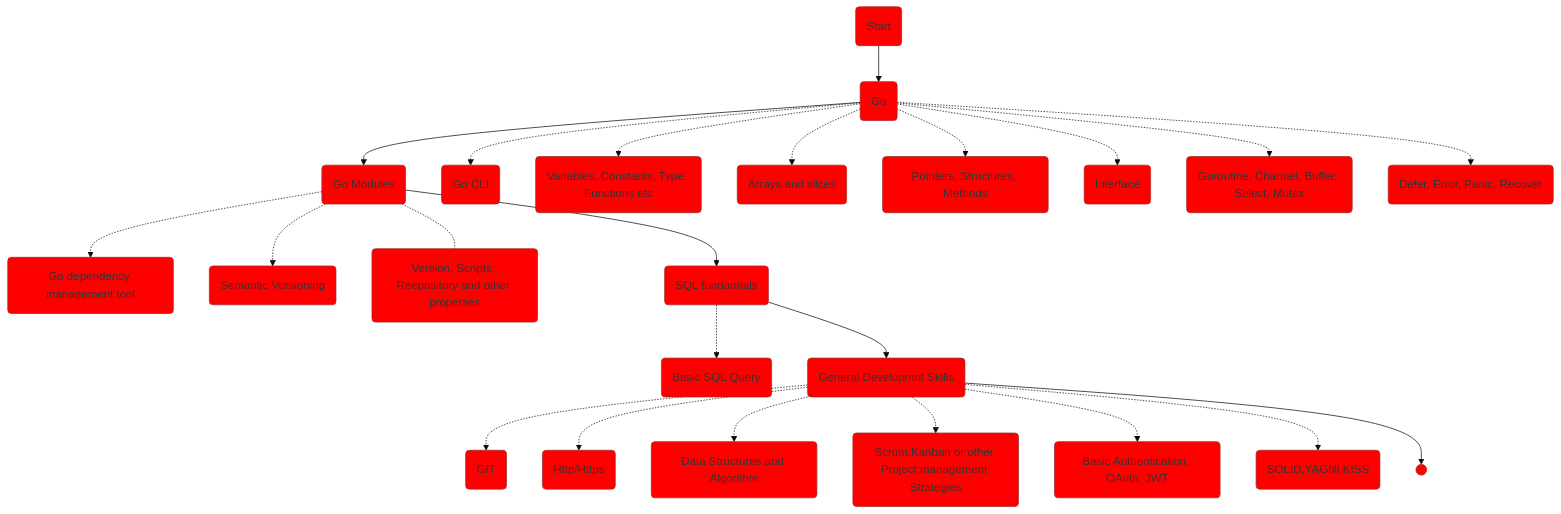
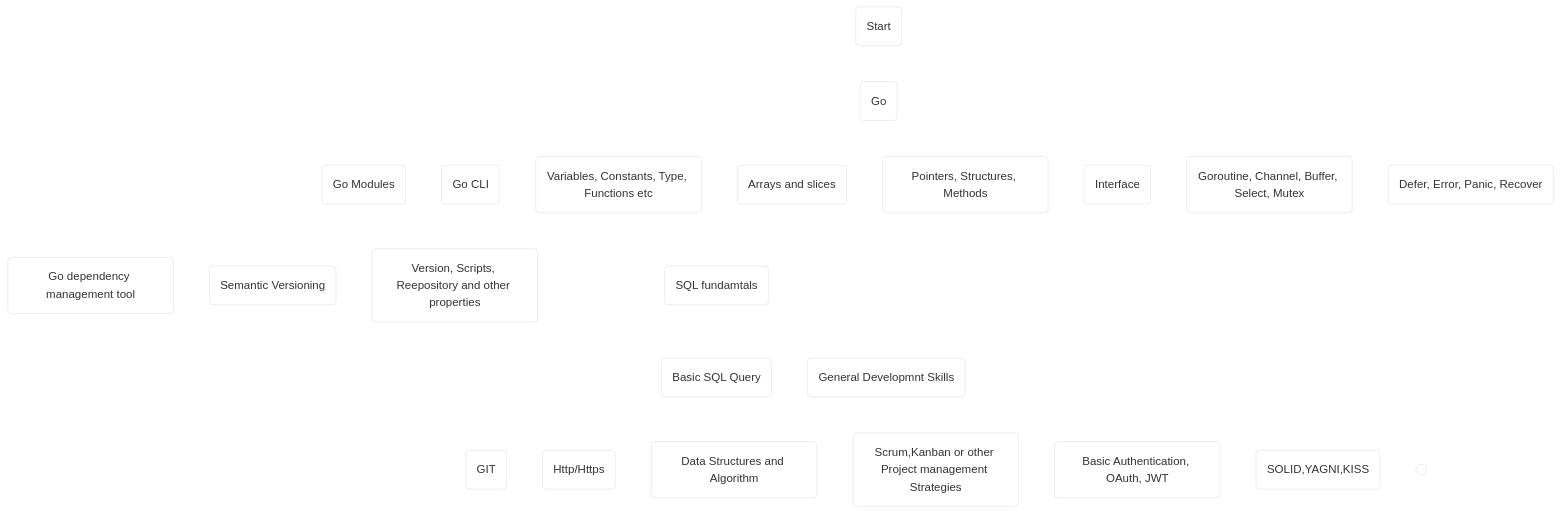
One commit to AliAkberAakash/golang-roadmap changed the diagram in README.md. Above: the diagram before and after it, drawn with Mermaid.

````diff
--- a/README.md
+++ b/README.md
@@ -3,27 +3,27 @@
 ```mermaid
-%%{init: {'theme': 'base', 'themeVariables': { 'primaryColor': '#ff0000'}}}%%
+%%{init: {'theme': 'base', 'themeVariables': { 'primaryColor': '#ffffff', 'textColor': '#000000', 'lineColor': '#ffffff'}}}%%
 graph TD;
     start(Start)-->A(Go)
     A-->B(Go Modules)
     A-.->A1(Go CLI)
     A-.->A2(Variables, Constants, Type, Functions etc)
     A-.->A3(Arrays and slices)
     A-.->A4(Pointers, Structures, Methods)
     A-.->A5(Interface)
     A-.->A6(Goroutine, Channel, Buffer, Select, Mutex)
     A-.->A7(Defer, Error, Panic, Recover)
     B-.->B1(Go dependency management tool)
     B-.->B2(Semantic Versioning)
     B-.-B3(Version, Scripts, Reepository and other properties)
     B-->C(SQL fundamtals)
     C-.->C1(Basic SQL Query)
     C-->D(General Developmnt Skills)
     D-.->D1(GIT)
     D-.->D2(Http/Https)
     D-.->D3(Data Structures and Algorithm)
     D-.->D4(Scrum,Kanban or other Project management Strategies)
     D-.->D5(Basic Authentication, OAuth, JWT)
     D-.->D6(SOLID,YAGNI,KISS)
     D-->E0(( ))
 
 ```
````
